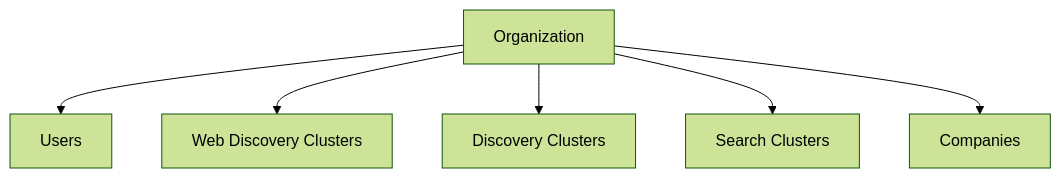
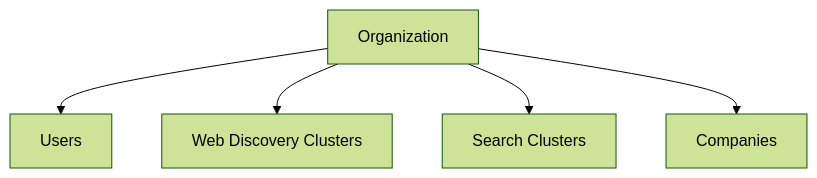
Before and after one commit to Growth-Maschine/NORAD-INTEL-ENGINE-V1: the second of 7 diagrams in docs/phase-1/P1-03.md, drawn with Mermaid (forest theme). The commit also changed other lines of this file and 9 other files, not shown here.

````diff
--- a/docs/phase-1/P1-03.md
+++ b/docs/phase-1/P1-03.md
@@ -90,9 +190,8 @@
 ```mermaid
 flowchart TD
     ORG[Organization]
     ORG --> U[Users]
     ORG --> WDC[Web Discovery Clusters]
-    ORG --> DC[Discovery Clusters]
     ORG --> SC[Search Clusters]
     ORG --> CO[Companies]
 ```
````
